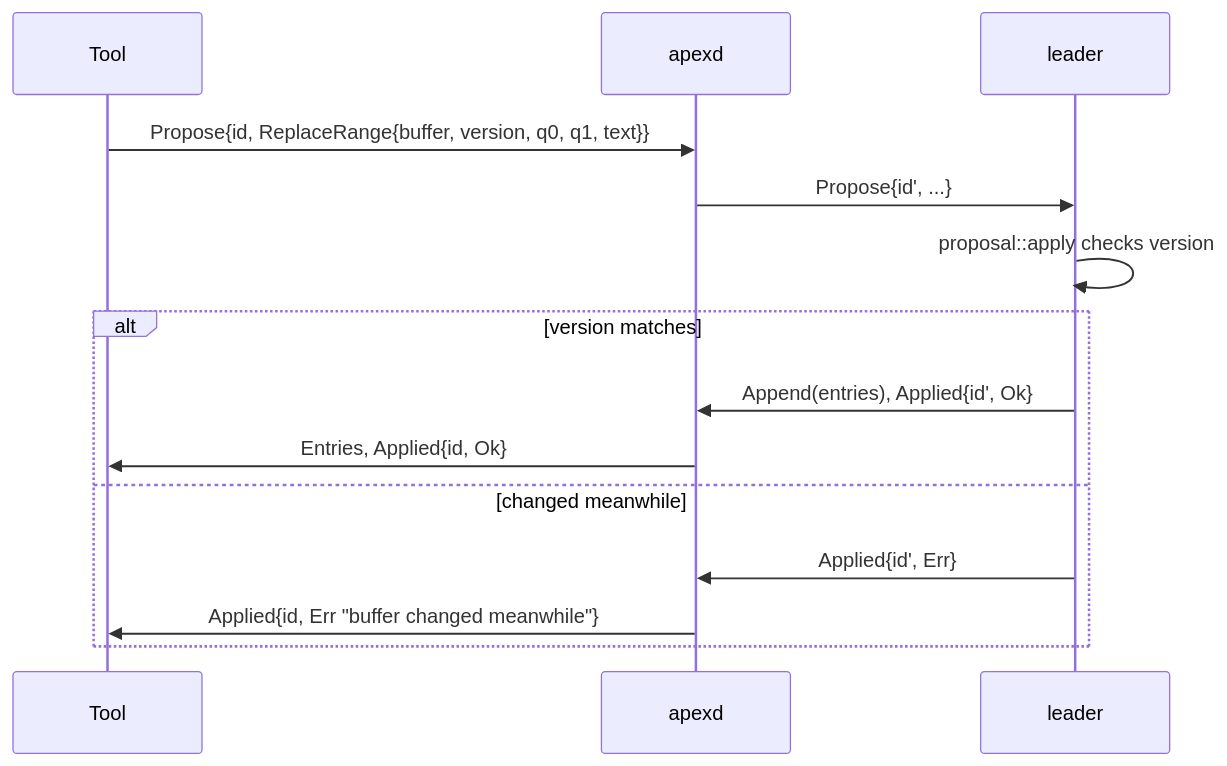
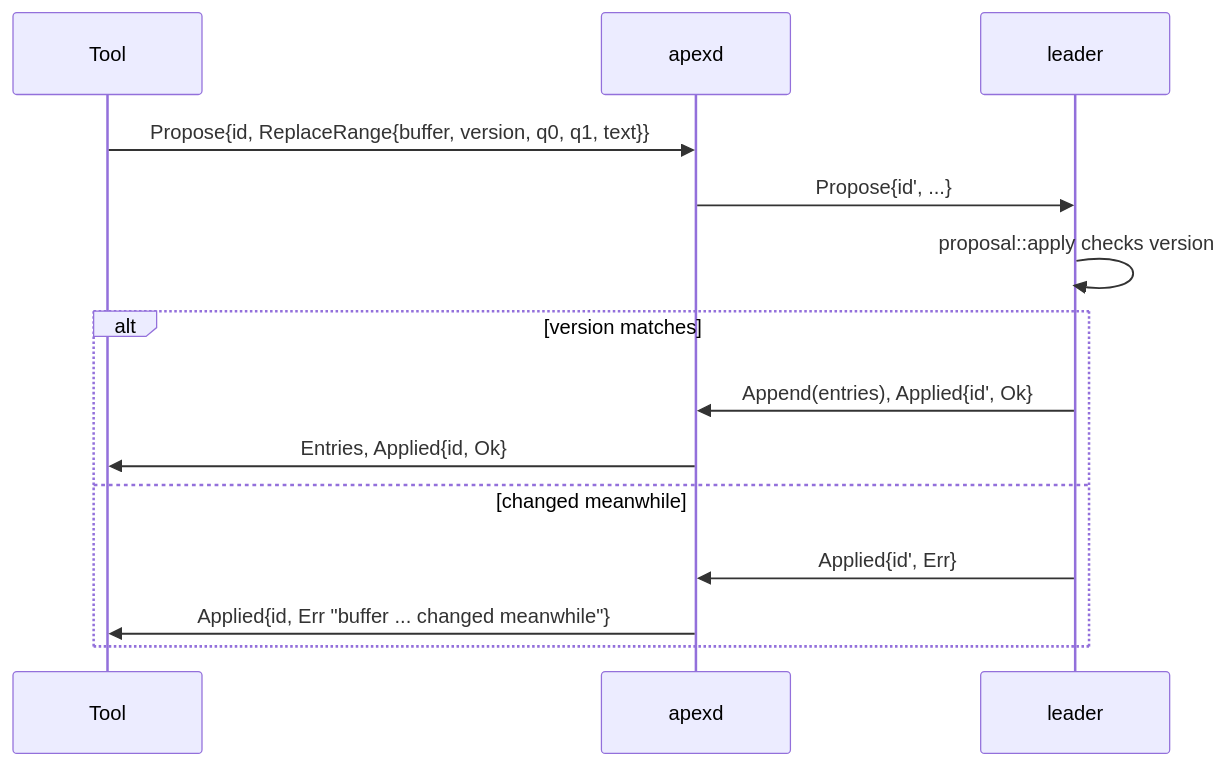
One commit to mariusae/apex changed the second of 3 diagrams in docs/wiki/tool-sdk.md. Above: the diagram before and after it, drawn with Mermaid. The commit also changed other lines of this file and 137 other files, not shown here.

````diff
--- a/docs/wiki/tool-sdk.md
+++ b/docs/wiki/tool-sdk.md
@@ -114,16 +114,16 @@
 ```mermaid
 sequenceDiagram
     participant T as Tool
     participant D as apexd
     participant L as leader
     T->>D: Propose{id, ReplaceRange{buffer, version, q0, q1, text}}
     D->>L: Propose{id', ...}
     L->>L: proposal::apply checks version
     alt version matches
         L->>D: Append(entries), Applied{id', Ok}
         D->>T: Entries, Applied{id, Ok}
     else changed meanwhile
         L->>D: Applied{id', Err}
-        D->>T: Applied{id, Err "buffer changed meanwhile"}
+        D->>T: Applied{id, Err "buffer ... changed meanwhile"}
     end
 ```
````
